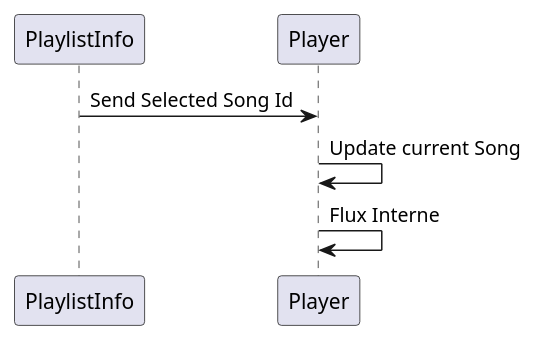
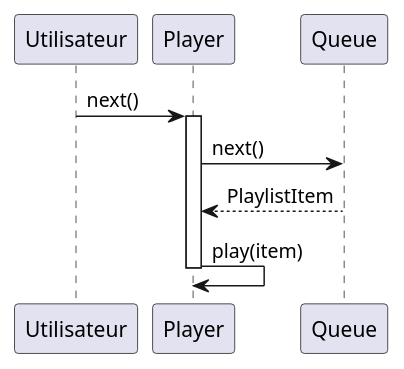
Before and after one commit to Yao-DPK/Music_Server: the third of 7 diagrams in documentation/Player_conception.md, drawn with PlantUML. The commit also changed other lines of this file and 5 other files, not shown here.

````diff
--- a/documentation/Player_conception.md
+++ b/documentation/Player_conception.md
@@ -21,7 +104,14 @@
 ```plantuml
 @startuml
-PlaylistInfo -> Player: Send Selected Song Id
-Player-> Player: Update current Song
-Player -> Player: Flux Interne
+participant Utilisateur
+participant Player
+participant Queue
+
+Utilisateur -> Player: next()
+activate Player
+Player -> Queue: next()
+Queue --> Player: PlaylistItem
+Player -> Player: play(item)
+deactivate Player
 @enduml
 ```
````
